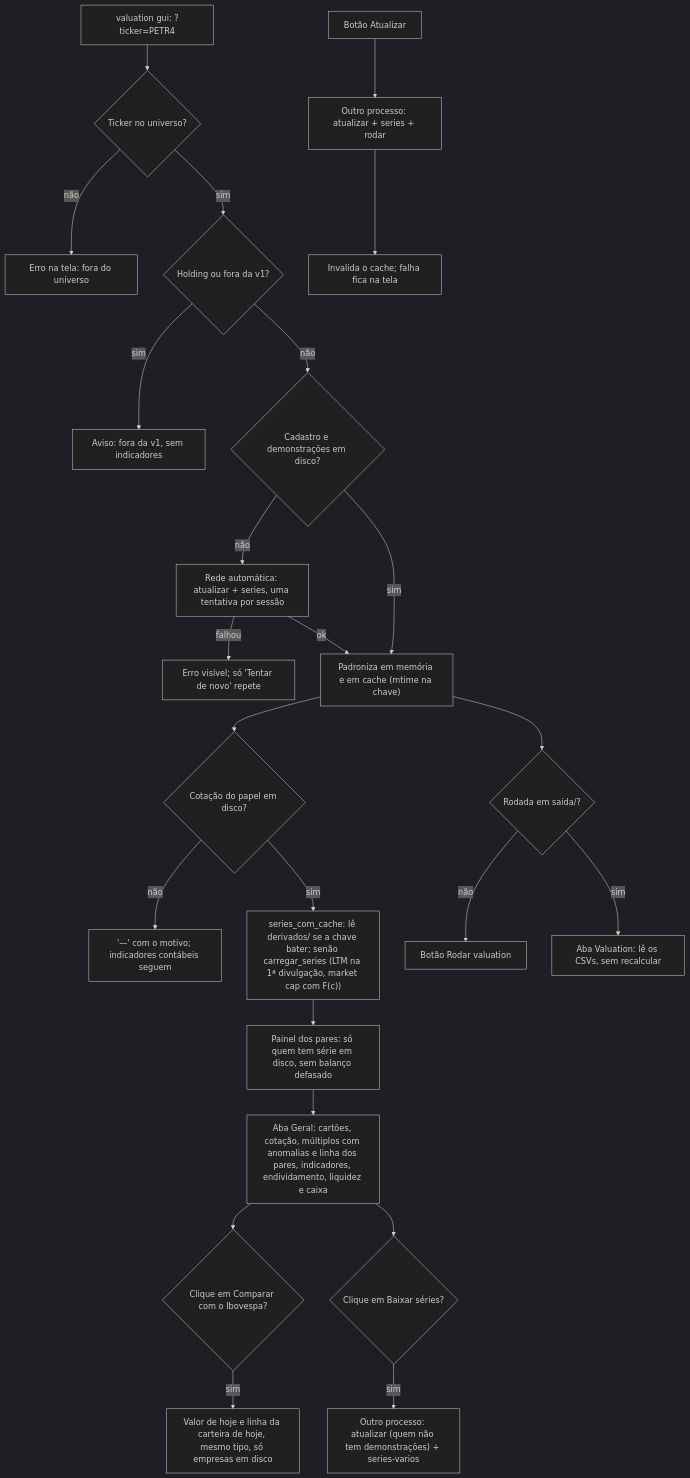
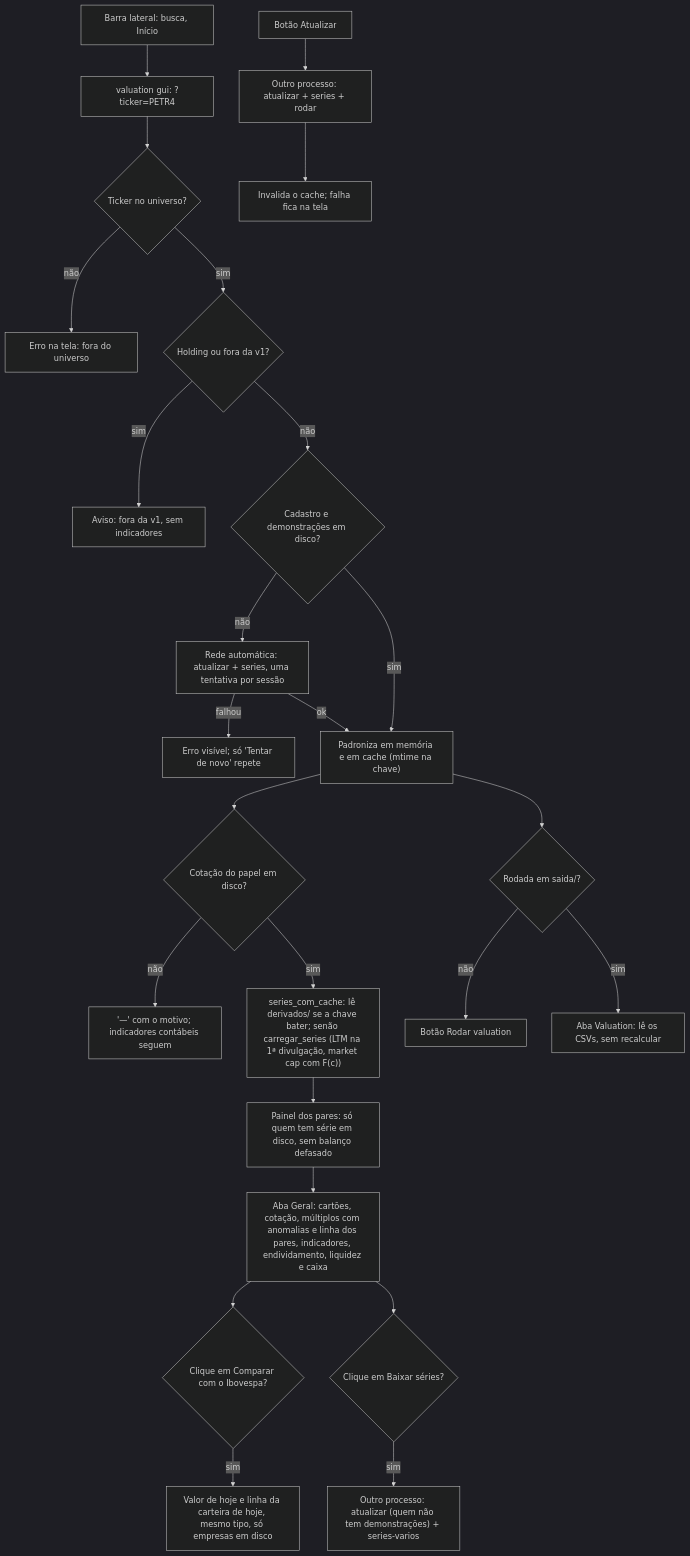
The fifth of 5 diagrams in docs/diagrama_atividades.md (luiz2801/lastro), drawn with Mermaid (dark theme) before and after one commit. The commit also changed 11 other files, not shown here.

Commit message:
gui: barra lateral com busca e favoritas pela tela (C, ADR 0024)

````diff
--- a/docs/diagrama_atividades.md
+++ b/docs/diagrama_atividades.md
@@ -307,26 +307,27 @@
 ```mermaid
 flowchart TD
+  Z["Barra lateral: busca, Início"] --> A
   A["valuation gui: ?ticker=PETR4"] --> B{"Ticker no universo?"}
   B -->|não| B1["Erro na tela: fora do universo"]
   B -->|sim| C{"Holding ou fora da v1?"}
   C -->|sim| C1["Aviso: fora da v1, sem indicadores"]
   C -->|não| D{"Cadastro e demonstrações em disco?"}
   D -->|não| E["Rede automática: atualizar + series, uma tentativa por sessão"]
   E -->|falhou| E1["Erro visível; só 'Tentar de novo' repete"]
   E -->|ok| F
   D -->|sim| F["Padroniza em memória e em cache (mtime na chave)"]
   F --> G{"Cotação do papel em disco?"}
   G -->|não| G1["'—' com o motivo; indicadores contábeis seguem"]
   G -->|sim| H["series_com_cache: lê derivados/ se a chave bater; senão carregar_series (LTM na 1ª divulgação, market cap com F(c))"]
   H --> P["Painel dos pares: só quem tem série em disco, sem balanço defasado"]
   P --> I["Aba Geral: cartões, cotação, múltiplos com anomalias e linha dos pares, indicadores, endividamento, liquidez e caixa"]
   I --> J{"Clique em Comparar com o Ibovespa?"}
   J -->|sim| J1["Valor de hoje e linha da carteira de hoje, mesmo tipo, só empresas em disco"]
   I --> Q{"Clique em Baixar séries?"}
   Q -->|sim| Q1["Outro processo: atualizar (quem não tem demonstrações) + series-varios"]
   F --> K{"Rodada em saida/?"}
   K -->|não| K1["Botão Rodar valuation"]
   K -->|sim| L["Aba Valuation: lê os CSVs, sem recalcular"]
   M["Botão Atualizar"] --> N["Outro processo: atualizar + series + rodar"]
   N --> O["Invalida o cache; falha fica na tela"]
 ```
````
